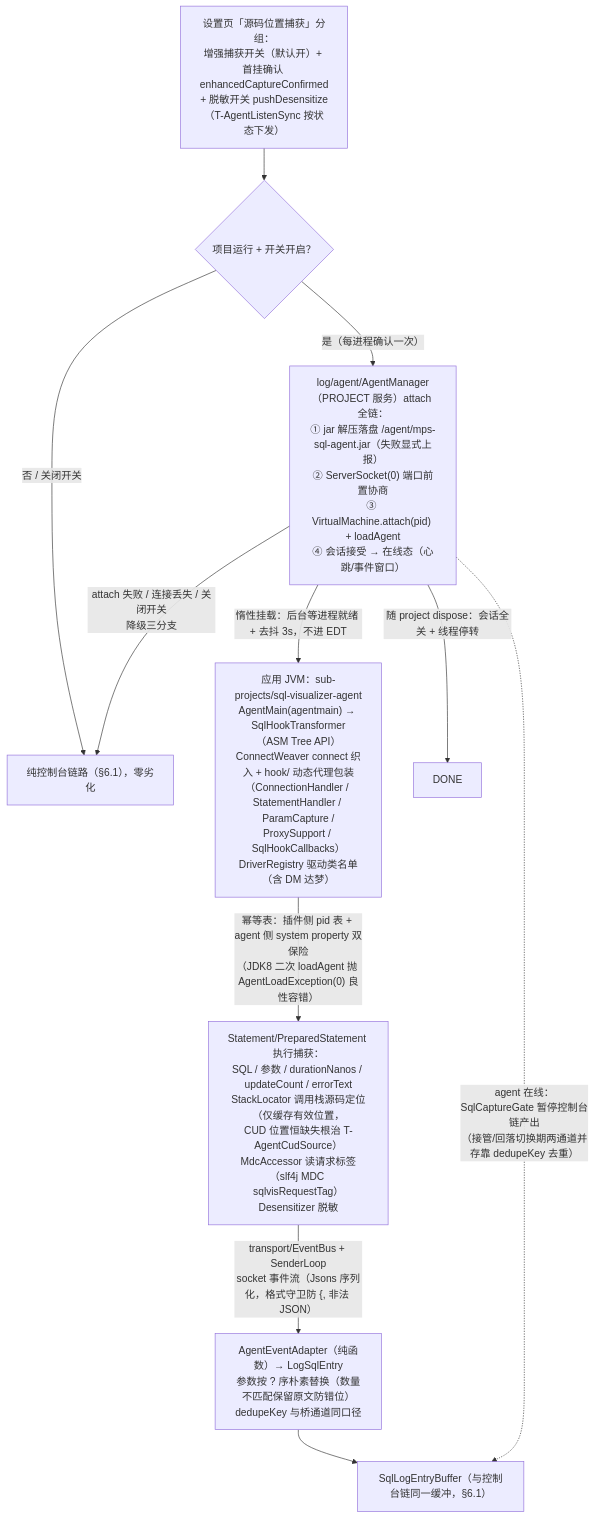
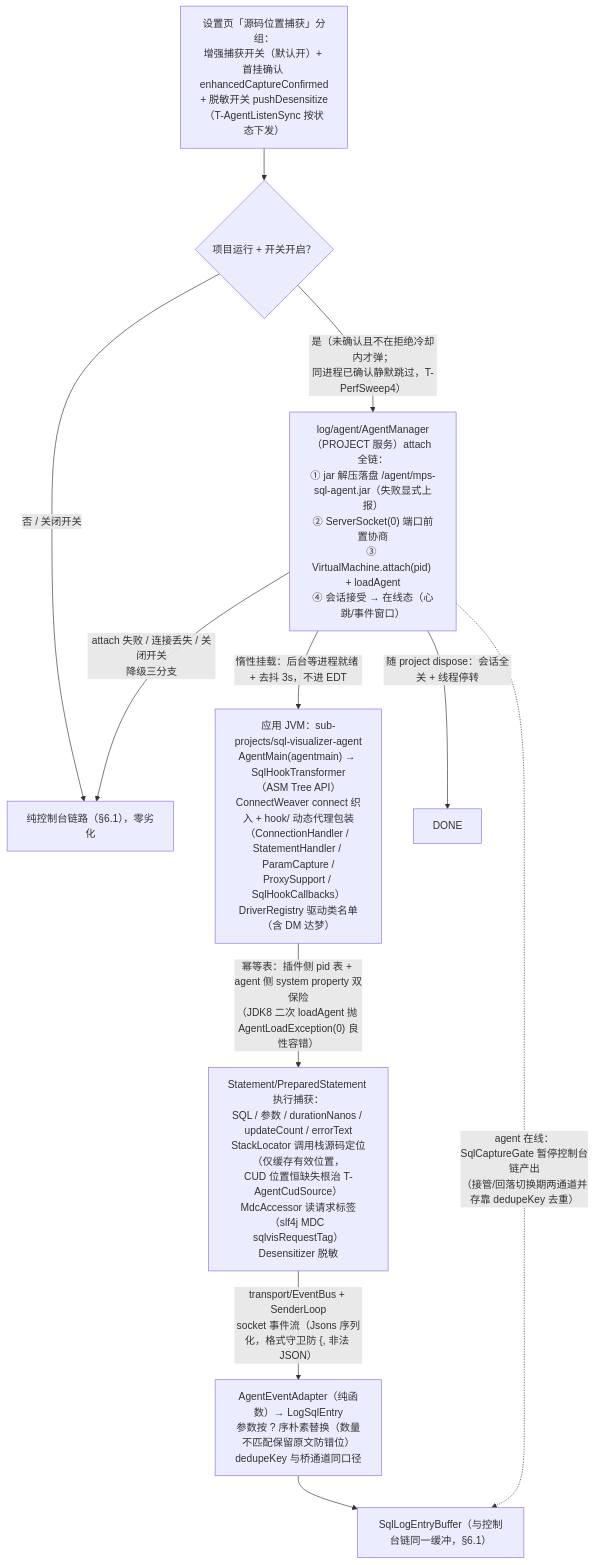
Diagram 13 of 17 in docs/架构设计/02-核心流程详解.md (JayF211/mybatis-plus-sql-visualizer), drawn with Mermaid before and after one commit. The commit also changed other lines of this file and 2 other files, not shown here.

````diff
--- a/docs/架构设计/02-核心流程详解.md
+++ b/docs/架构设计/02-核心流程详解.md
@@ -518,13 +520,13 @@
 ```mermaid
 flowchart TD
     SET["设置页「源码位置捕获」分组：<br/>增强捕获开关（默认开）+ 首挂确认 enhancedCaptureConfirmed<br/>+ 脱敏开关 pushDesensitize（T-AgentListenSync 按状态下发）"] --> TRIG{"项目运行 + 开关开启？"}
-    TRIG -->|"是（每进程确认一次）"| ATTACH["log/agent/AgentManager（PROJECT 服务）attach 全链：<br/>① jar 解压落盘 /agent/mps-sql-agent.jar（失败显式上报）<br/>② ServerSocket(0) 端口前置协商<br/>③ VirtualMachine.attach(pid) + loadAgent<br/>④ 会话接受 → 在线态（心跳/事件窗口）"]
+    TRIG -->|"是（未确认且不在拒绝冷却内才弹；<br/>同进程已确认静默跳过，T-PerfSweep4）"| ATTACH["log/agent/AgentManager（PROJECT 服务）attach 全链：<br/>① jar 解压落盘 /agent/mps-sql-agent.jar（失败显式上报）<br/>② ServerSocket(0) 端口前置协商<br/>③ VirtualMachine.attach(pid) + loadAgent<br/>④ 会话接受 → 在线态（心跳/事件窗口）"]
     TRIG -->|"否 / 关闭开关"| CONSOLE["纯控制台链路（§6.1），零劣化"]
     ATTACH -->|"惰性挂载：后台等进程就绪 + 去抖 3s，不进 EDT"| JVM["应用 JVM：sub-projects/sql-visualizer-agent<br/>AgentMain(agentmain) → SqlHookTransformer（ASM Tree API）<br/>ConnectWeaver connect 织入 + hook/ 动态代理包装<br/>（ConnectionHandler / StatementHandler / ParamCapture /<br/>ProxySupport / SqlHookCallbacks）<br/>DriverRegistry 驱动类名单（含 DM 达梦）"]
     JVM -->|"幂等表：插件侧 pid 表 + agent 侧 system property 双保险<br/>（JDK8 二次 loadAgent 抛 AgentLoadException(0) 良性容错）"| CAP2["Statement/PreparedStatement 执行捕获：<br/>SQL / 参数 / durationNanos / updateCount / errorText<br/>StackLocator 调用栈源码定位（仅缓存有效位置，<br/>CUD 位置恒缺失根治 T-AgentCudSource）<br/>MdcAccessor 读请求标签（slf4j MDC sqlvisRequestTag）<br/>Desensitizer 脱敏"]
     CAP2 -->|"transport/EventBus + SenderLoop<br/>socket 事件流（Jsons 序列化，格式守卫防 {, 非法 JSON）"| ADAPT["AgentEventAdapter（纯函数）→ LogSqlEntry<br/>参数按 ? 序朴素替换（数量不匹配保留原文防错位）<br/>dedupeKey 与桥通道同口径"]
     ADAPT --> BUF["SqlLogEntryBuffer（与控制台链同一缓冲，§6.1）"]
     ATTACH -.->|"agent 在线：SqlCaptureGate 暂停控制台链产出<br/>（接管/回落切换期两通道并存靠 dedupeKey 去重）"| BUF
     ATTACH -->|"attach 失败 / 连接丢失 / 关闭开关<br/>降级三分支"| CONSOLE
     ATTACH -->|"随 project dispose：会话全关 + 线程停转"| DONE
 ```
````
